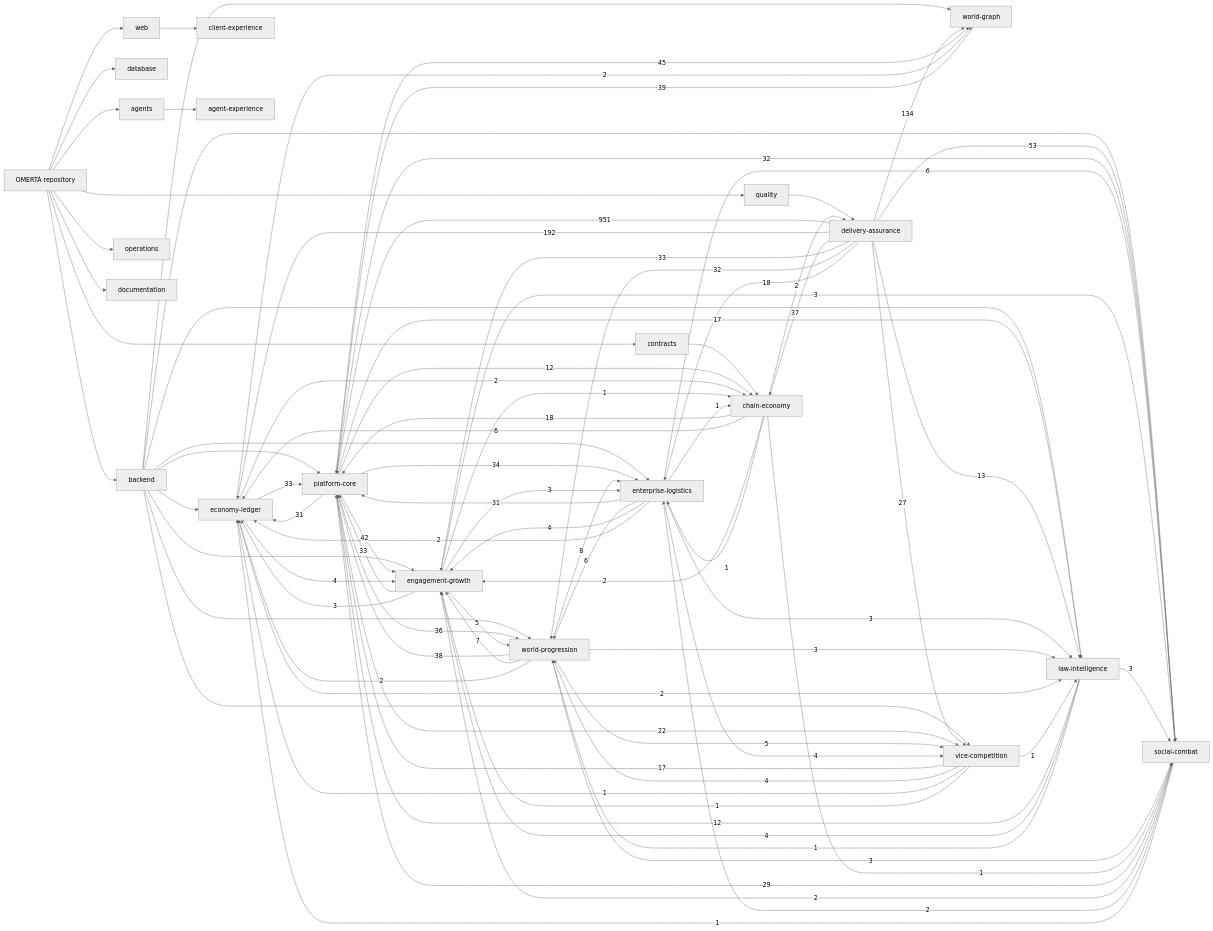
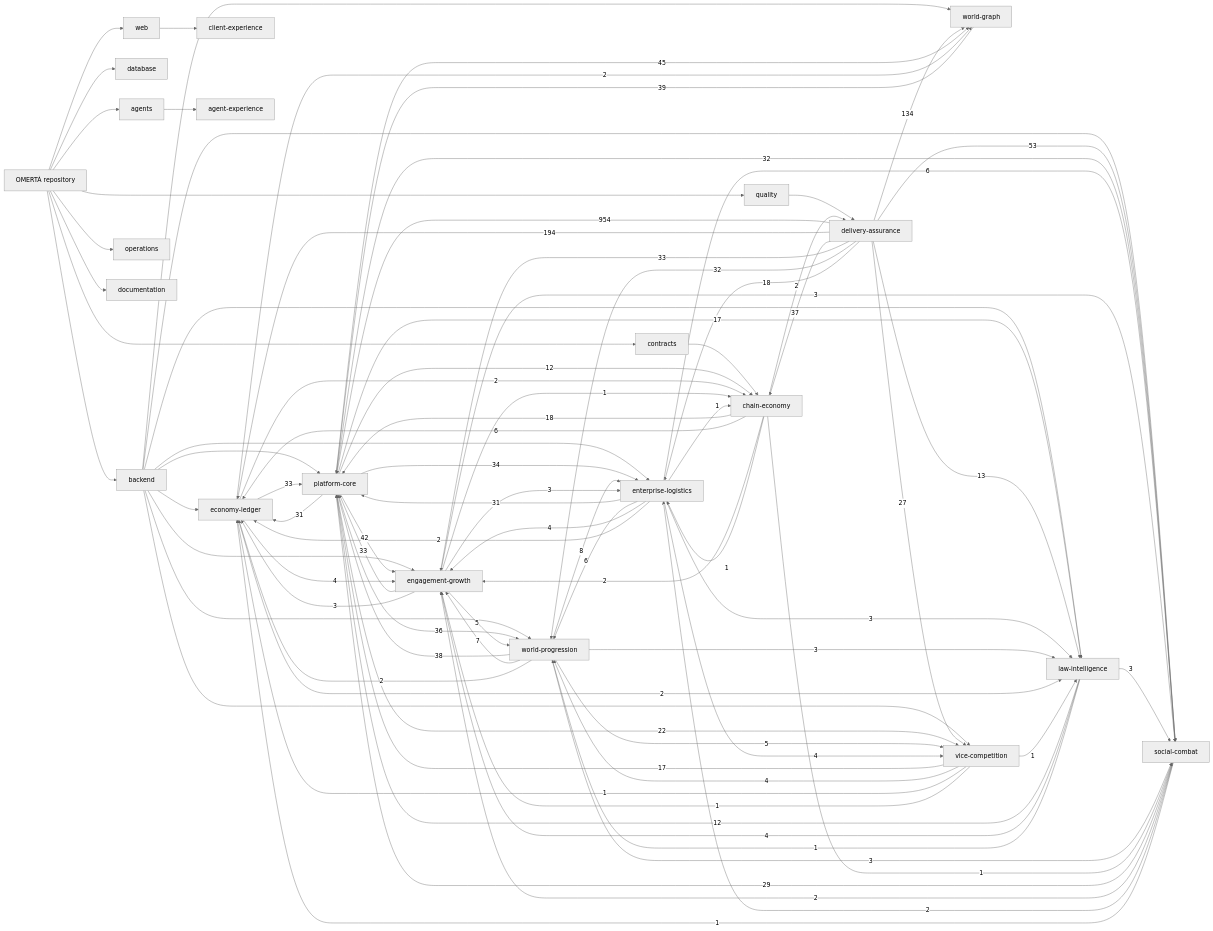
Before and after one commit to OmertaDev/Omerta: the diagram in knowledge/generated/graph.mmd, drawn with Mermaid (neutral theme). The commit also changed 6 other files, not shown here.

```diff
--- a/knowledge/generated/graph.mmd
+++ b/knowledge/generated/graph.mmd
@@ -1,109 +1,109 @@
 flowchart LR
   repo["OMERTÀ repository"]
   sub_backend["backend"]
   repo --> sub_backend
   sub_database["database"]
   repo --> sub_database
   sub_web["web"]
   repo --> sub_web
   sub_contracts["contracts"]
   repo --> sub_contracts
   sub_agents["agents"]
   repo --> sub_agents
   sub_quality["quality"]
   repo --> sub_quality
   sub_operations["operations"]
   repo --> sub_operations
   sub_documentation["documentation"]
   repo --> sub_documentation
   dom_platform-core["platform-core"]
   dom_economy-ledger["economy-ledger"]
   dom_social-combat["social-combat"]
   dom_world-progression["world-progression"]
   dom_world-graph["world-graph"]
   dom_enterprise-logistics["enterprise-logistics"]
   dom_vice-competition["vice-competition"]
   dom_law-intelligence["law-intelligence"]
   dom_chain-economy["chain-economy"]
   dom_engagement-growth["engagement-growth"]
   dom_client-experience["client-experience"]
   dom_agent-experience["agent-experience"]
   dom_delivery-assurance["delivery-assurance"]
   sub_agents --> dom_agent-experience
   sub_backend --> dom_economy-ledger
   sub_backend --> dom_engagement-growth
   sub_backend --> dom_enterprise-logistics
   sub_backend --> dom_law-intelligence
   sub_backend --> dom_platform-core
   sub_backend --> dom_social-combat
   sub_backend --> dom_vice-competition
   sub_backend --> dom_world-graph
   sub_backend --> dom_world-progression
   sub_contracts --> dom_chain-economy
   sub_quality --> dom_delivery-assurance
   sub_web --> dom_client-experience
-  dom_delivery-assurance -->|951| dom_platform-core
-  dom_delivery-assurance -->|192| dom_economy-ledger
+  dom_delivery-assurance -->|954| dom_platform-core
+  dom_delivery-assurance -->|194| dom_economy-ledger
   dom_delivery-assurance -->|134| dom_world-graph
   dom_delivery-assurance -->|53| dom_social-combat
   dom_platform-core -->|45| dom_world-graph
   dom_platform-core -->|42| dom_engagement-growth
   dom_world-graph -->|39| dom_platform-core
   dom_world-progression -->|38| dom_platform-core
   dom_delivery-assurance -->|37| dom_chain-economy
   dom_platform-core -->|36| dom_world-progression
   dom_platform-core -->|34| dom_enterprise-logistics
   dom_delivery-assurance -->|33| dom_engagement-growth
   dom_economy-ledger -->|33| dom_platform-core
   dom_engagement-growth -->|33| dom_platform-core
   dom_delivery-assurance -->|32| dom_world-progression
   dom_platform-core -->|32| dom_social-combat
   dom_enterprise-logistics -->|31| dom_platform-core
   dom_platform-core -->|31| dom_economy-ledger
   dom_social-combat -->|29| dom_platform-core
   dom_delivery-assurance -->|27| dom_vice-competition
   dom_platform-core -->|22| dom_vice-competition
   dom_chain-economy -->|18| dom_platform-core
   dom_delivery-assurance -->|18| dom_enterprise-logistics
   dom_platform-core -->|17| dom_law-intelligence
   dom_vice-competition -->|17| dom_platform-core
   dom_delivery-assurance -->|13| dom_law-intelligence
   dom_law-intelligence -->|12| dom_platform-core
   dom_platform-core -->|12| dom_chain-economy
   dom_world-progression -->|8| dom_enterprise-logistics
   dom_world-progression -->|7| dom_engagement-growth
   dom_chain-economy -->|6| dom_economy-ledger
   dom_enterprise-logistics -->|6| dom_social-combat
   dom_enterprise-logistics -->|6| dom_world-progression
   dom_engagement-growth -->|5| dom_world-progression
   dom_world-progression -->|5| dom_vice-competition
   dom_economy-ledger -->|4| dom_engagement-growth
   dom_enterprise-logistics -->|4| dom_engagement-growth
   dom_enterprise-logistics -->|4| dom_vice-competition
   dom_law-intelligence -->|4| dom_engagement-growth
   dom_vice-competition -->|4| dom_world-progression
   dom_engagement-growth -->|3| dom_economy-ledger
   dom_engagement-growth -->|3| dom_enterprise-logistics
   dom_engagement-growth -->|3| dom_social-combat
   dom_enterprise-logistics -->|3| dom_law-intelligence
   dom_law-intelligence -->|3| dom_social-combat
   dom_world-progression -->|3| dom_law-intelligence
   dom_world-progression -->|3| dom_social-combat
   dom_chain-economy -->|2| dom_delivery-assurance
   dom_chain-economy -->|2| dom_engagement-growth
   dom_economy-ledger -->|2| dom_chain-economy
   dom_economy-ledger -->|2| dom_law-intelligence
   dom_economy-ledger -->|2| dom_world-graph
   dom_enterprise-logistics -->|2| dom_economy-ledger
   dom_social-combat -->|2| dom_engagement-growth
   dom_social-combat -->|2| dom_enterprise-logistics
   dom_world-progression -->|2| dom_economy-ledger
   dom_chain-economy -->|1| dom_enterprise-logistics
   dom_chain-economy -->|1| dom_social-combat
   dom_engagement-growth -->|1| dom_chain-economy
   dom_enterprise-logistics -->|1| dom_chain-economy
   dom_law-intelligence -->|1| dom_world-progression
   dom_social-combat -->|1| dom_economy-ledger
   dom_vice-competition -->|1| dom_economy-ledger
   dom_vice-competition -->|1| dom_engagement-growth
   dom_vice-competition -->|1| dom_law-intelligence
```
